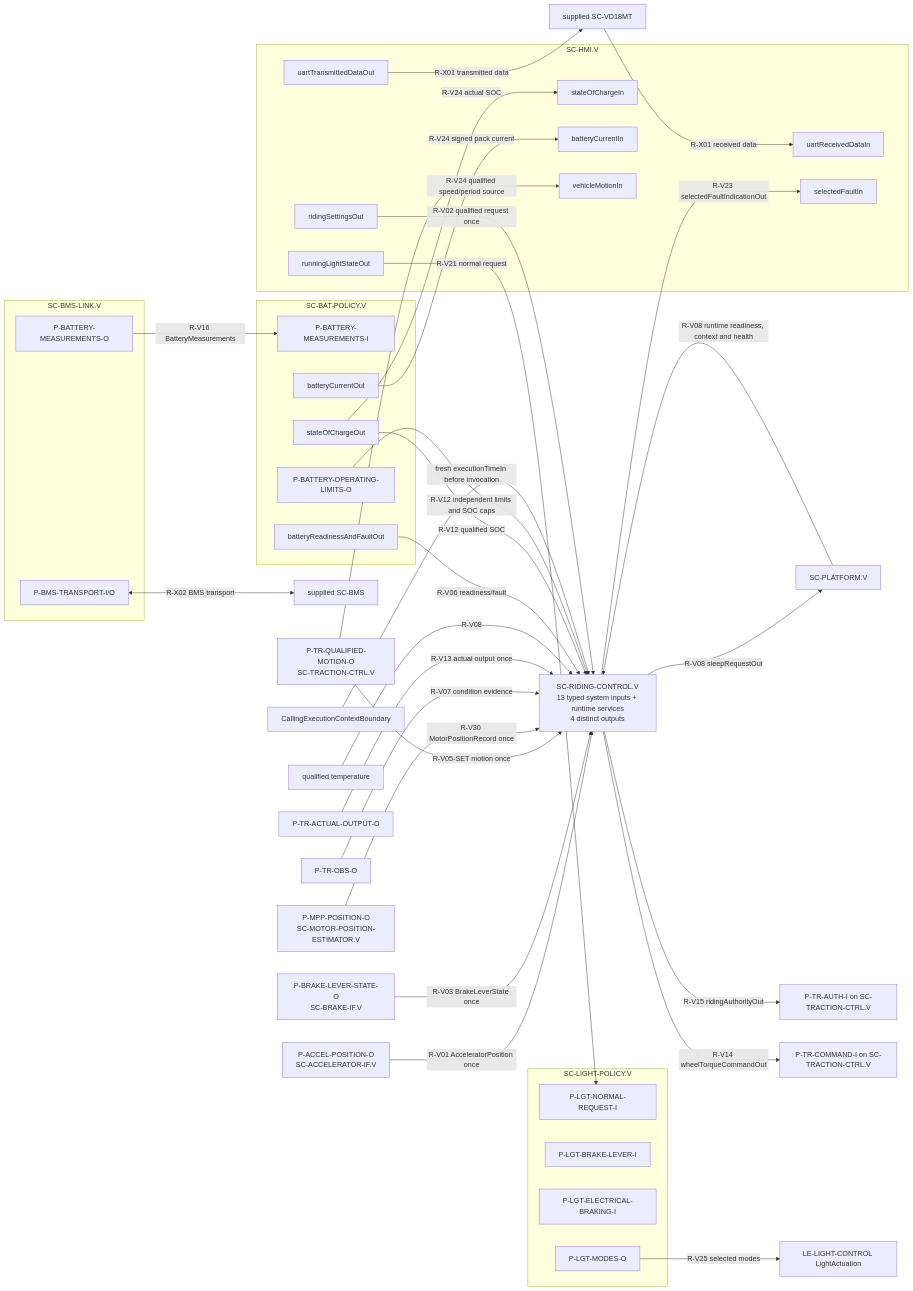
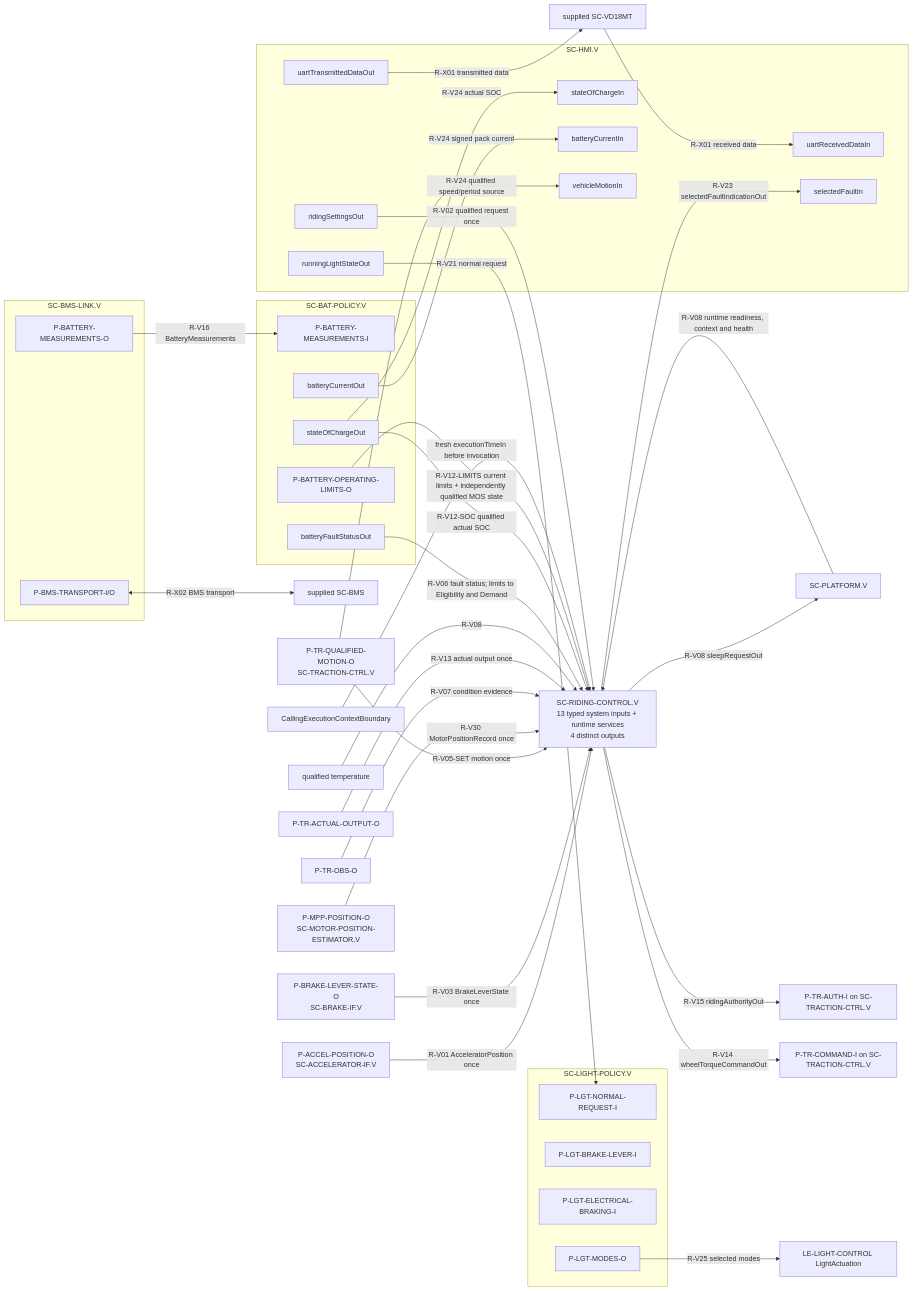
The second of 4 diagrams in .devenv/Architecture/SoftwareArchitecture/ARCH-003_Software_Architecture.md (dhellhake/X2CityMCU), drawn with Mermaid before and after one commit. The commit also changed other lines of this file and 71 other files, not shown here.

````diff
--- a/.devenv/Architecture/SoftwareArchitecture/ARCH-003_Software_Architecture.md
+++ b/.devenv/Architecture/SoftwareArchitecture/ARCH-003_Software_Architecture.md
@@ -223,63 +223,63 @@
 ```mermaid
 flowchart LR
     subgraph HMI[SC-HMI.V]
         HRX[uartReceivedDataIn]
         HTX[uartTransmittedDataOut]
         HSE[ridingSettingsOut]
         HLI[runningLightStateOut]
         HFI[selectedFaultIn]
         HSI[stateOfChargeIn]
         HCI[batteryCurrentIn]
         HMI_MOTION[vehicleMotionIn]
     end
     RC[SC-RIDING-CONTROL.V
 13 typed system inputs + runtime services
 4 distinct outputs]
     subgraph BMS[SC-BMS-LINK.V]
         BTI[P-BMS-TRANSPORT-I/O]
         BTO[P-BATTERY-MEASUREMENTS-O]
     end
     subgraph BAT[SC-BAT-POLICY.V]
         BFI[P-BATTERY-MEASUREMENTS-I]
-        BRO[batteryReadinessAndFaultOut]
+        BRO[batteryFaultStatusOut]
         BEO[P-BATTERY-OPERATING-LIMITS-O]
         BSO[stateOfChargeOut]
         BCO[batteryCurrentOut]
     end
     subgraph LGT[SC-LIGHT-POLICY.V]
         LNR[P-LGT-NORMAL-REQUEST-I]
         LBI[P-LGT-BRAKE-LEVER-I]
         LEBI[P-LGT-ELECTRICAL-BRAKING-I]
         LMO[P-LGT-MODES-O]
     end
     VD[supplied SC-VD18MT] -->|R-X01 received data| HRX
     HTX -->|R-X01 transmitted data| VD
     AIP[P-ACCEL-POSITION-O
 SC-ACCELERATOR-IF.V] -->|R-V01 AcceleratorPosition once| RC
     BSOI[P-BRAKE-LEVER-STATE-O
 SC-BRAKE-IF.V] -->|R-V03 BrakeLeverState once| RC
     HSE -->|R-V02 qualified request once| RC
     TMO[P-TR-QUALIFIED-MOTION-O
 SC-TRACTION-CTRL.V] -->|R-V05-SET motion once| RC
     MPO[P-MPP-POSITION-O
 SC-MOTOR-POSITION-ESTIMATOR.V] -->|R-V30 MotorPositionRecord once| RC
     TOB[P-TR-OBS-O] -->|R-V07 condition evidence| RC
     TAO[P-TR-ACTUAL-OUTPUT-O] -->|R-V13 actual output once| RC
     QTI[qualified temperature] -->|R-V08| RC
-    BRO -->|R-V06 readiness/fault| RC
-    BSO -->|R-V12 qualified SOC| RC
-    BEO -->|R-V12 independent limits and SOC caps| RC
+    BRO -->|R-V06 fault status; limits to Eligibility and Demand| RC
+    BSO -->|R-V12-SOC qualified actual SOC| RC
+    BEO -->|R-V12-LIMITS current limits + independently qualified MOS state| RC
     PLT[SC-PLATFORM.V] -->|R-V08 runtime readiness, context and health| RC
     CALL[CallingExecutionContextBoundary] -->|fresh executionTimeIn before invocation| RC
     RC -->|R-V15 ridingAuthorityOut| TAI[P-TR-AUTH-I on SC-TRACTION-CTRL.V]
     RC -->|R-V14 wheelTorqueCommandOut| TCI[P-TR-COMMAND-I on SC-TRACTION-CTRL.V]
     RC -->|R-V23 selectedFaultIndicationOut| HFI
     RC -->|R-V08 sleepRequestOut| PLT
     BTI <-->|R-X02 BMS transport| SB[supplied SC-BMS]
     BTO -->|R-V16 BatteryMeasurements| BFI
     HLI -->|R-V21 normal request| LNR
     BSO -->|R-V24 actual SOC| HSI
     BCO -->|R-V24 signed pack current| HCI
     TMO -->|R-V24 qualified speed/period source| HMI_MOTION
     LMO -->|R-V25 selected modes| AUX[LE-LIGHT-CONTROL LightActuation]
 ```
````
